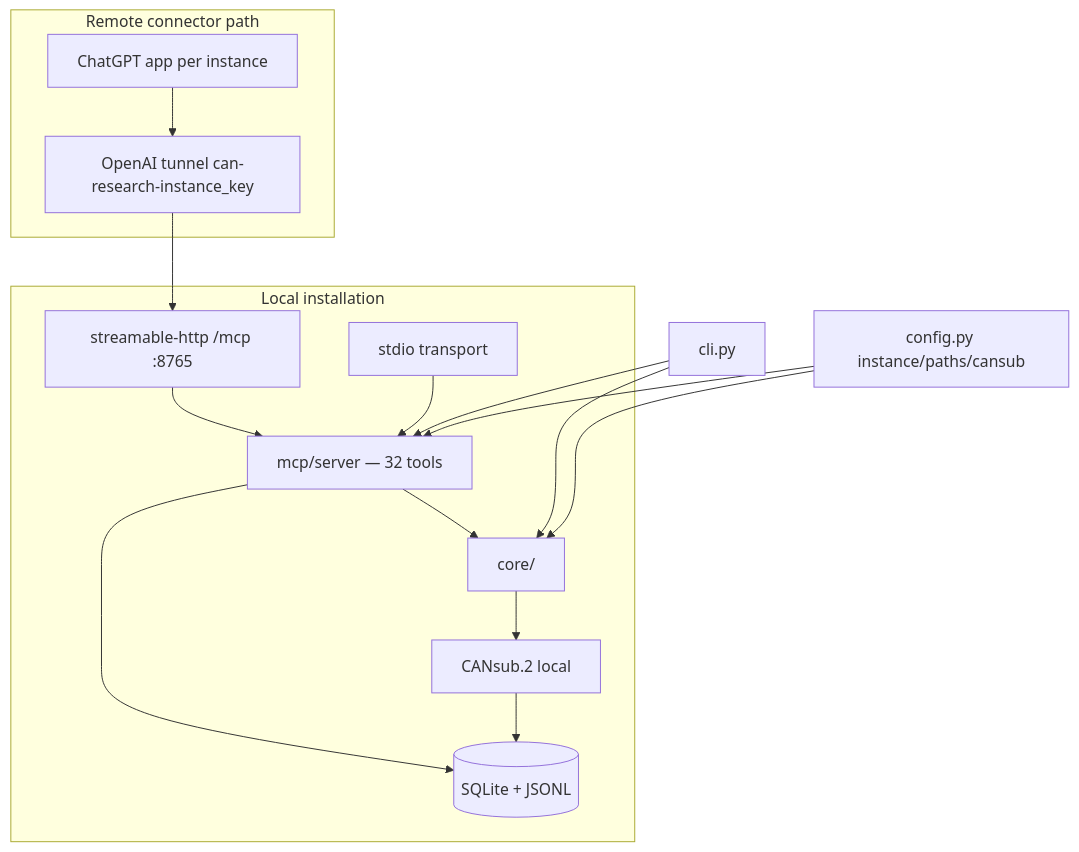
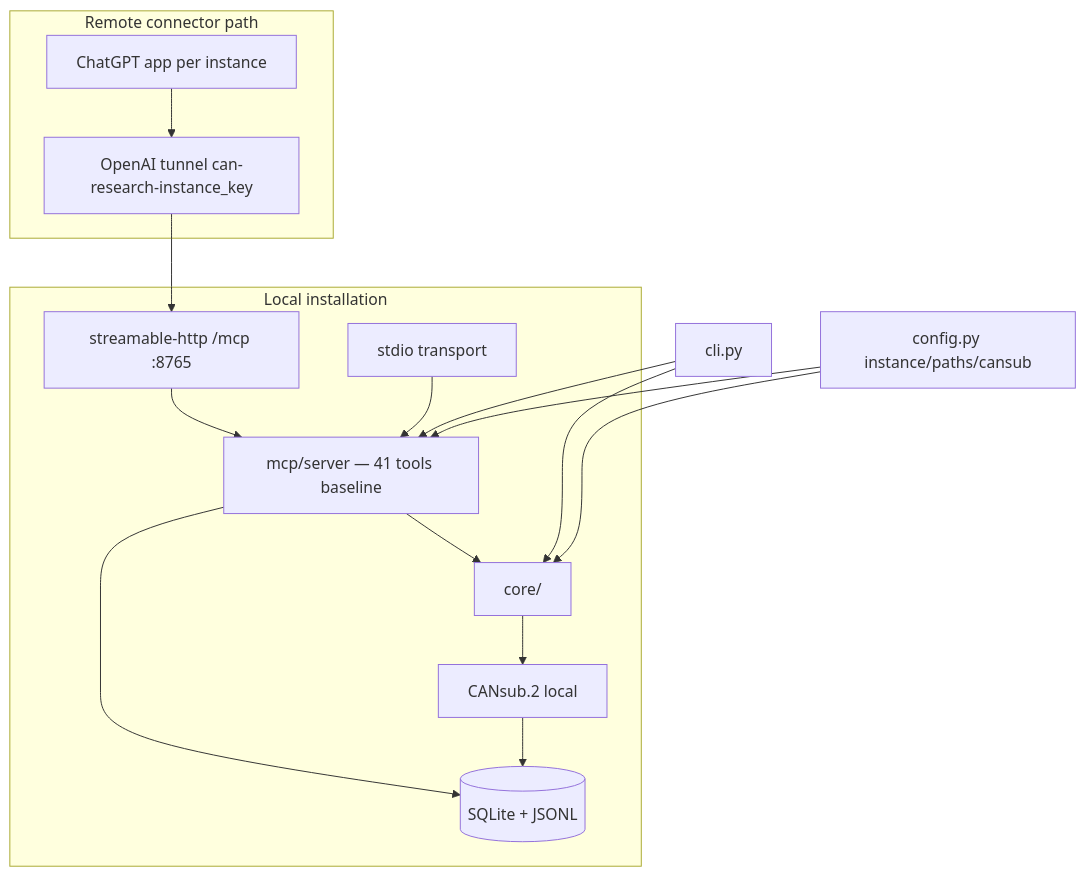
The diagram in docs/ARCHITECTURE.md (Bobson854/can-research), drawn with Mermaid before and after one commit. The commit also changed other lines of this file and 14 other files, not shown here.

````diff
--- a/docs/ARCHITECTURE.md
+++ b/docs/ARCHITECTURE.md
@@ -346,27 +347,27 @@
 ```mermaid
 flowchart TB
     subgraph remote [Remote connector path]
         ChatGPT[ChatGPT app per instance]
         Tunnel[OpenAI tunnel can-research-instance_key]
         ChatGPT --> Tunnel
     end
     subgraph local [Local installation]
         HTTP["streamable-http /mcp :8765"]
         STDIO[stdio transport]
-        MCP[mcp/server — 32 tools]
+        MCP[mcp/server — 41 tools baseline]
         Core[core/]
         Store[(SQLite + JSONL)]
         CANsubHW[CANsub.2 local]
         Tunnel --> HTTP
         HTTP --> MCP
         STDIO --> MCP
         MCP --> Core
         MCP --> Store
         Core --> CANsubHW
         CANsubHW --> Store
     end
     CLI[cli.py] --> Core
     CLI --> MCP
     Config[config.py instance/paths/cansub] --> Core
     Config --> MCP
 ```
````
